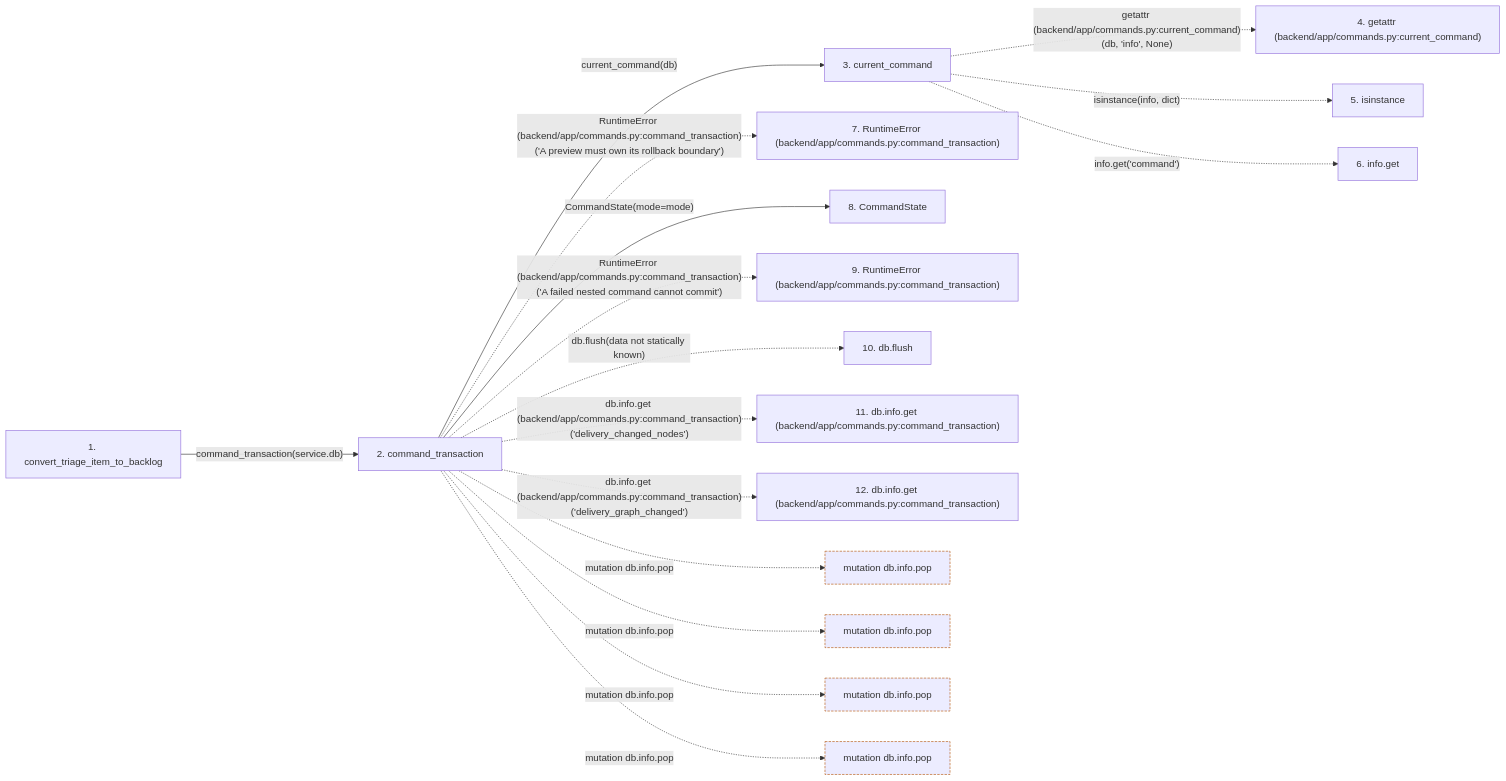
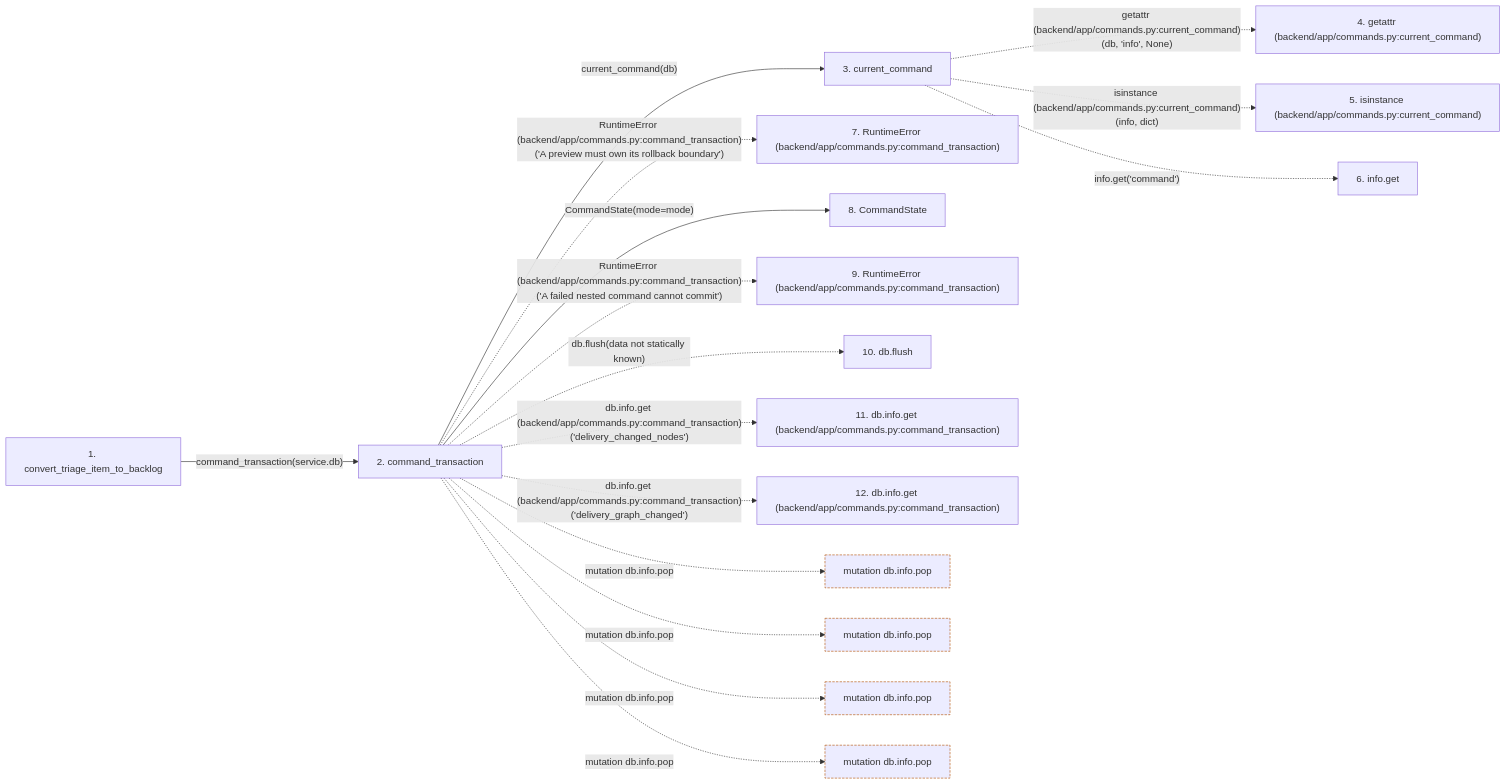
One commit to Denissvgn/WorkChord changed the second of 2 diagrams in docs/llm_wiki/flows/http-convert_triage_item_to_backlog.md. Above: the diagram before and after it, drawn with Mermaid. The commit also changed other lines of this file and 714 other files, not shown here.

Commit message:
Sync the architectural wiki for keeping work valid across planning-only edits

````diff
--- a/docs/llm_wiki/flows/http-convert_triage_item_to_backlog.md
+++ b/docs/llm_wiki/flows/http-convert_triage_item_to_backlog.md
@@ -146,43 +146,43 @@
 ```mermaid
 flowchart LR
     s1["1. convert_triage_item_to_backlog"]
     s2["2. command_transaction"]
     s3["3. current_command"]
     s4["4. getattr (backend/app/commands.py:current_command)"]
-    s5["5. isinstance"]
+    s5["5. isinstance (backend/app/commands.py:current_command)"]
     s6["6. info.get"]
     s7["7. RuntimeError (backend/app/commands.py:command_transaction)"]
     s8["8. CommandState"]
     s9["9. RuntimeError (backend/app/commands.py:command_transaction)"]
     s10["10. db.flush"]
     s11["11. db.info.get (backend/app/commands.py:command_transaction)"]
     s12["12. db.info.get (backend/app/commands.py:command_transaction)"]
     s1 -->|"command_transaction(service.db)"| s2
     s2 -->|"current_command(db)"| s3
     s3 -. "getattr (backend/app/commands.py:current_command)(db, 'info', None)" .-> s4
-    s3 -. "isinstance(info, dict)" .-> s5
+    s3 -. "isinstance (backend/app/commands.py:current_command)(info, dict)" .-> s5
     s3 -. "info.get('command')" .-> s6
     s2 -. "RuntimeError (backend/app/commands.py:command_transaction)('A preview must own its rollback boundary')" .-> s7
     s2 -->|"CommandState(mode=mode)"| s8
     s2 -. "RuntimeError (backend/app/commands.py:command_transaction)('A failed nested command cannot commit')" .-> s9
     s2 -. "db.flush(data not statically known)" .-> s10
     s2 -. "db.info.get (backend/app/commands.py:command_transaction)('delivery_changed_nodes')" .-> s11
     s2 -. "db.info.get (backend/app/commands.py:command_transaction)('delivery_graph_changed')" .-> s12
     b0["mutation db.info.pop"]
     s2 -. "mutation db.info.pop" .-> b0
     b1["mutation db.info.pop"]
     s2 -. "mutation db.info.pop" .-> b1
     b2["mutation db.info.pop"]
     s2 -. "mutation db.info.pop" .-> b2
     b3["mutation db.info.pop"]
     s2 -. "mutation db.info.pop" .-> b3
     click s1 "../modules/routers_triage.md"
     click s2 "../modules/commands.md"
     click s3 "../modules/commands.md"
     click s8 "../modules/commands.md"
     classDef boundary stroke:#b45309,stroke-dasharray: 4 2
     class b0 boundary
     class b1 boundary
     class b2 boundary
     class b3 boundary
 ```
````
